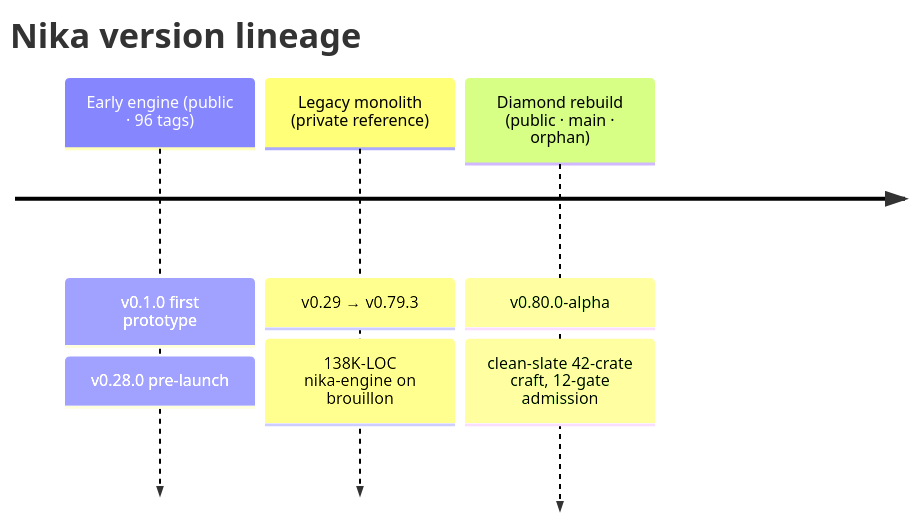
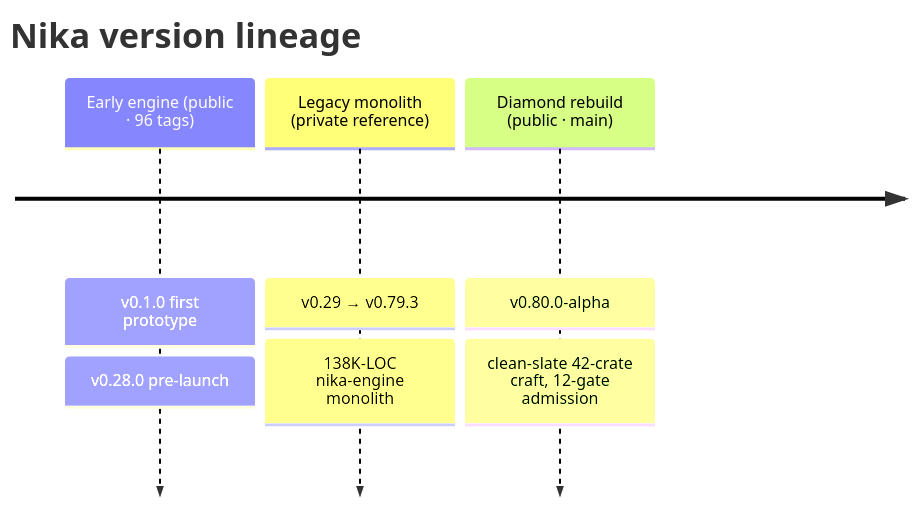
The first of 2 diagrams in README.md (supernovae-st/nika), drawn with Mermaid before and after one commit. The commit also changed other lines of this file and 1 other file, not shown here.

First line of the commit message:
docs(readme): clean up for NLnet readiness · de-confuse legacy version

````diff
--- a/README.md
+++ b/README.md
@@ -86,7 +85,7 @@
 ```mermaid
 timeline
     title Nika version lineage
     Early engine (public · 96 tags) : v0.1.0 first prototype : v0.28.0 pre-launch
-    Legacy monolith (private reference) : v0.29 → v0.79.3 : 138K-LOC nika-engine on brouillon
-    Diamond rebuild (public · main · orphan) : v0.80.0-alpha : clean-slate 42-crate craft, 12-gate admission
+    Legacy monolith (private reference) : v0.29 → v0.79.3 : 138K-LOC nika-engine monolith
+    Diamond rebuild (public · main) : v0.80.0-alpha : clean-slate 42-crate craft, 12-gate admission
 ```
````
